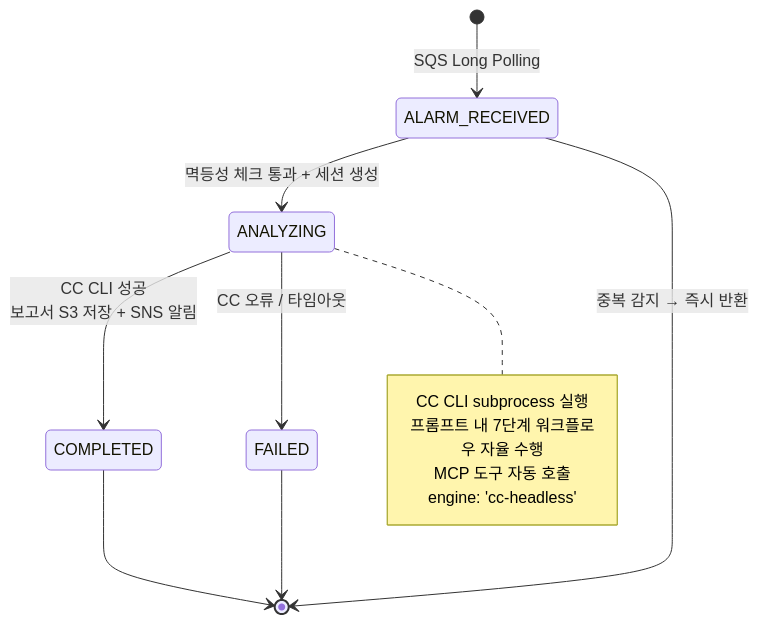
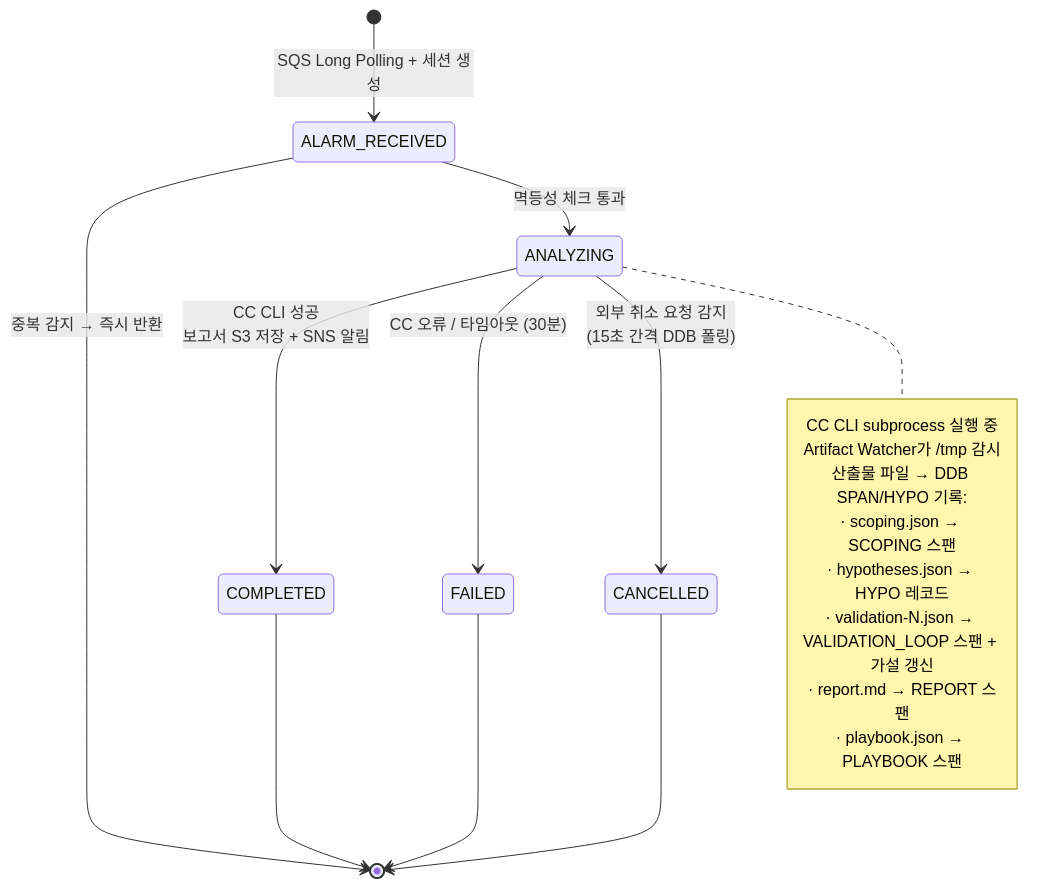
One commit to haandol/rca-agent changed the fifth of 7 diagrams in docs/architecture-and-demo-flow.md. Above: the diagram before and after it, drawn with Mermaid. The commit also changed other lines of this file, not shown here.

Commit message:
docs: Strands/CC Headless 아키텍처 흐름 분리 및 Mermaid 다이어그램 상세화

````diff
--- a/docs/architecture-and-demo-flow.md
+++ b/docs/architecture-and-demo-flow.md
@@ -228,20 +347,26 @@
 ```mermaid
 stateDiagram-v2
-    [*] --> ALARM_RECEIVED: SQS Long Polling
+    [*] --> ALARM_RECEIVED: SQS Long Polling + 세션 생성
 
-    ALARM_RECEIVED --> ANALYZING: 멱등성 체크 통과 + 세션 생성
     ALARM_RECEIVED --> [*]: 중복 감지 → 즉시 반환
+    ALARM_RECEIVED --> ANALYZING: 멱등성 체크 통과
 
     ANALYZING --> COMPLETED: CC CLI 성공<br/>보고서 S3 저장 + SNS 알림
-    ANALYZING --> FAILED: CC 오류 / 타임아웃
+    ANALYZING --> FAILED: CC 오류 / 타임아웃 (30분)
+    ANALYZING --> CANCELLED: 외부 취소 요청 감지<br/>(15초 간격 DDB 폴링)
 
     note right of ANALYZING
-        CC CLI subprocess 실행
-        프롬프트 내 7단계 워크플로우 자율 수행
-        MCP 도구 자동 호출
-        engine: 'cc-headless'
+        CC CLI subprocess 실행 중
+        Artifact Watcher가 /tmp 감시
+        산출물 파일 → DDB SPAN/HYPO 기록:
+        · scoping.json → SCOPING 스팬
+        · hypotheses.json → HYPO 레코드
+        · validation-N.json → VALIDATION_LOOP 스팬 + 가설 갱신
+        · report.md → REPORT 스팬
+        · playbook.json → PLAYBOOK 스팬
     end note
 
     COMPLETED --> [*]
     FAILED --> [*]
+    CANCELLED --> [*]
 ```
````
